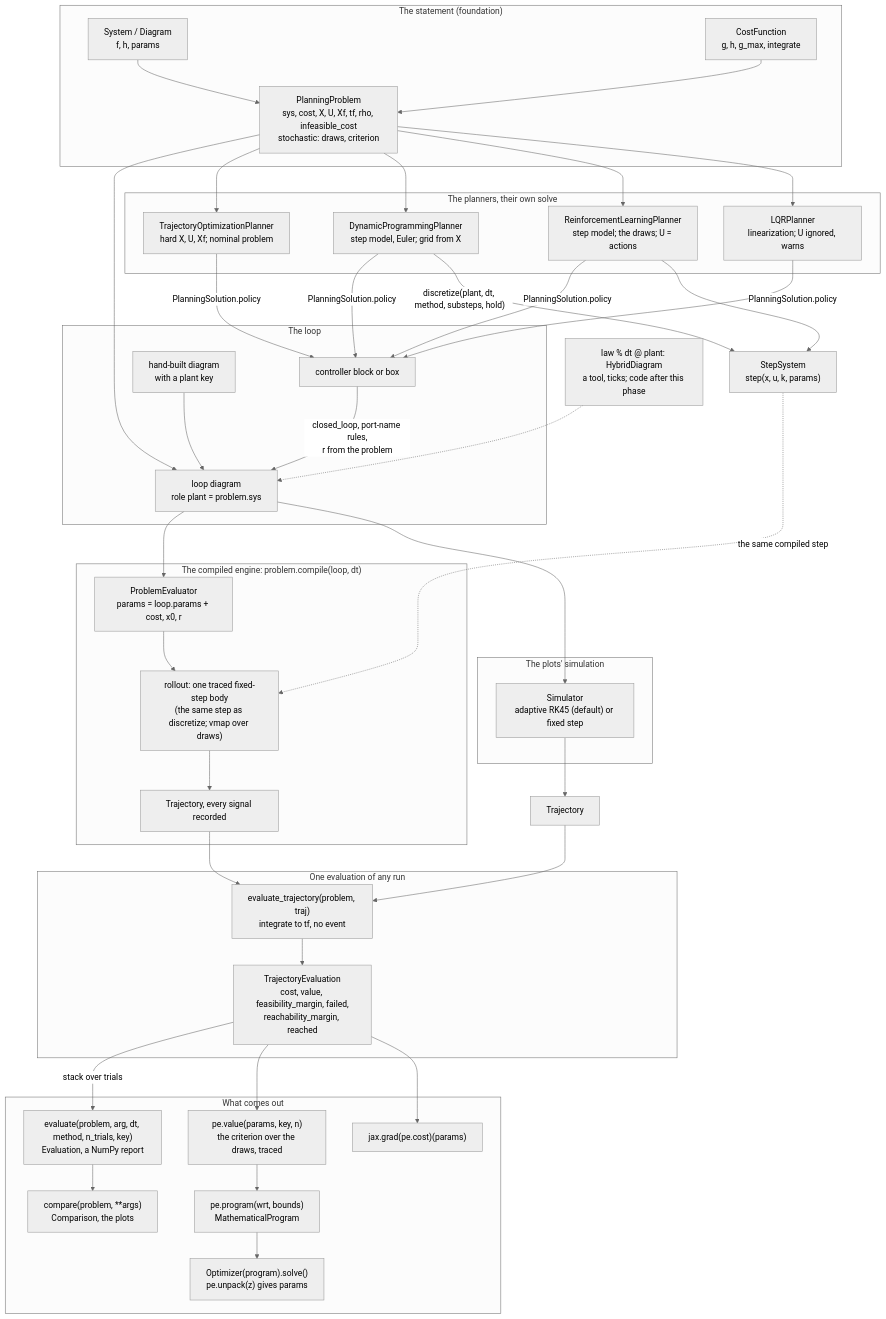
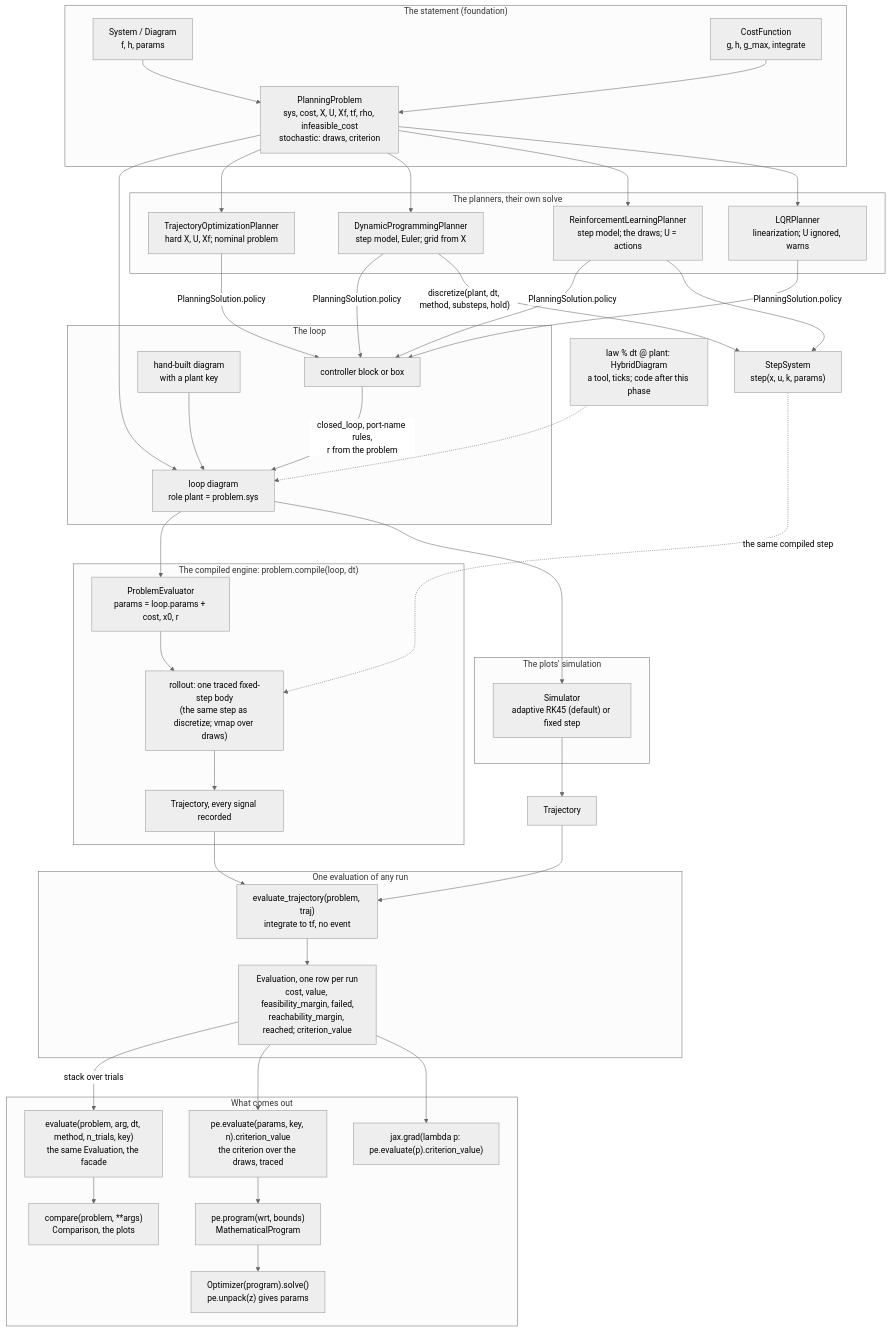
Before and after one commit to alx87grd/minilink: the diagram in docs/plans/pipeline.mmd, drawn with Mermaid (neutral theme). The commit also changed 2 other files, not shown here.

Commit message:
docs: consistency pass on the end-state sketch and the diagram; criterion_value the one scalar

```diff
--- a/docs/plans/pipeline.mmd
+++ b/docs/plans/pipeline.mmd
@@ -1,66 +1,66 @@
 flowchart TD
     subgraph statement["The statement (foundation)"]
         SYS["System / Diagram<br/>f, h, params"]
         COST["CostFunction<br/>g, h, g_max, integrate"]
         PROB["PlanningProblem<br/>sys, cost, X, U, Xf, tf, rho, infeasible_cost<br/>stochastic: draws, criterion"]
         SYS --> PROB
         COST --> PROB
     end
 
     subgraph loop["The loop"]
         CTL["controller block or box"] -->|"closed_loop, port-name rules,<br/>r from the problem"| LOOP["loop diagram<br/>role plant = problem.sys"]
         HAND["hand-built diagram<br/>with a plant key"] --> LOOP
     end
     PROB --> LOOP
 
     subgraph engine["The compiled engine: problem.compile(loop, dt)"]
         PE["ProblemEvaluator<br/>params = loop.params + cost, x0, r"]
         RUN["rollout: one traced fixed-step body<br/>(the same step as discretize; vmap over draws)"]
         PE --> RUN --> TRAJ["Trajectory, every signal recorded"]
     end
     LOOP --> PE
 
     subgraph sim["The plots' simulation"]
         SIMU["Simulator<br/>adaptive RK45 (default) or fixed step"]
     end
     LOOP --> SIMU --> TRAJ2["Trajectory"]
 
     subgraph score["One evaluation of any run"]
         ET["evaluate_trajectory(problem, traj)<br/>integrate to tf, no event"]
-        REC["TrajectoryEvaluation<br/>cost, value, feasibility_margin, failed,<br/>reachability_margin, reached"]
+        REC["Evaluation, one row per run<br/>cost, value, feasibility_margin, failed,<br/>reachability_margin, reached; criterion_value"]
         ET --> REC
     end
     TRAJ --> ET
     TRAJ2 --> ET
 
     subgraph outputs["What comes out"]
-        EVAL["evaluate(problem, arg, dt, method, n_trials, key)<br/>Evaluation, a NumPy report"]
+        EVAL["evaluate(problem, arg, dt, method, n_trials, key)<br/>the same Evaluation, the facade"]
         CMP["compare(problem, **args)<br/>Comparison, the plots"]
-        VAL["pe.value(params, key, n)<br/>the criterion over the draws, traced"]
+        VAL["pe.evaluate(params, key, n).criterion_value<br/>the criterion over the draws, traced"]
         PROG["pe.program(wrt, bounds)<br/>MathematicalProgram"]
         OPT["Optimizer(program).solve()<br/>pe.unpack(z) gives params"]
-        GRAD["jax.grad(pe.cost)(params)"]
+        GRAD["jax.grad(lambda p: pe.evaluate(p).criterion_value)"]
     end
     REC -->|"stack over trials"| EVAL --> CMP
     REC --> VAL --> PROG --> OPT
     REC --> GRAD
 
     subgraph planners["The planners, their own solve"]
         TO["TrajectoryOptimizationPlanner<br/>hard X, U, Xf; nominal problem"]
         DP["DynamicProgrammingPlanner<br/>step model, Euler; grid from X"]
         RL["ReinforcementLearningPlanner<br/>step model; the draws; U = actions"]
         LQR["LQRPlanner<br/>linearization; U ignored, warns"]
     end
     PROB --> TO
     PROB --> DP
     PROB --> RL
     PROB --> LQR
     TO -->|"PlanningSolution.policy"| CTL
     DP -->|"PlanningSolution.policy"| CTL
     RL -->|"PlanningSolution.policy"| CTL
     LQR -->|"PlanningSolution.policy"| CTL
     DP -->|"discretize(plant, dt, method, substeps, hold)"| STEP["StepSystem<br/>step(x, u, k, params)"]
     RL --> STEP
     STEP -.->|"the same compiled step"| RUN
 
     HYB["law % dt @ plant: HybridDiagram<br/>a tool, ticks; code after this phase"] -.-> LOOP
```
